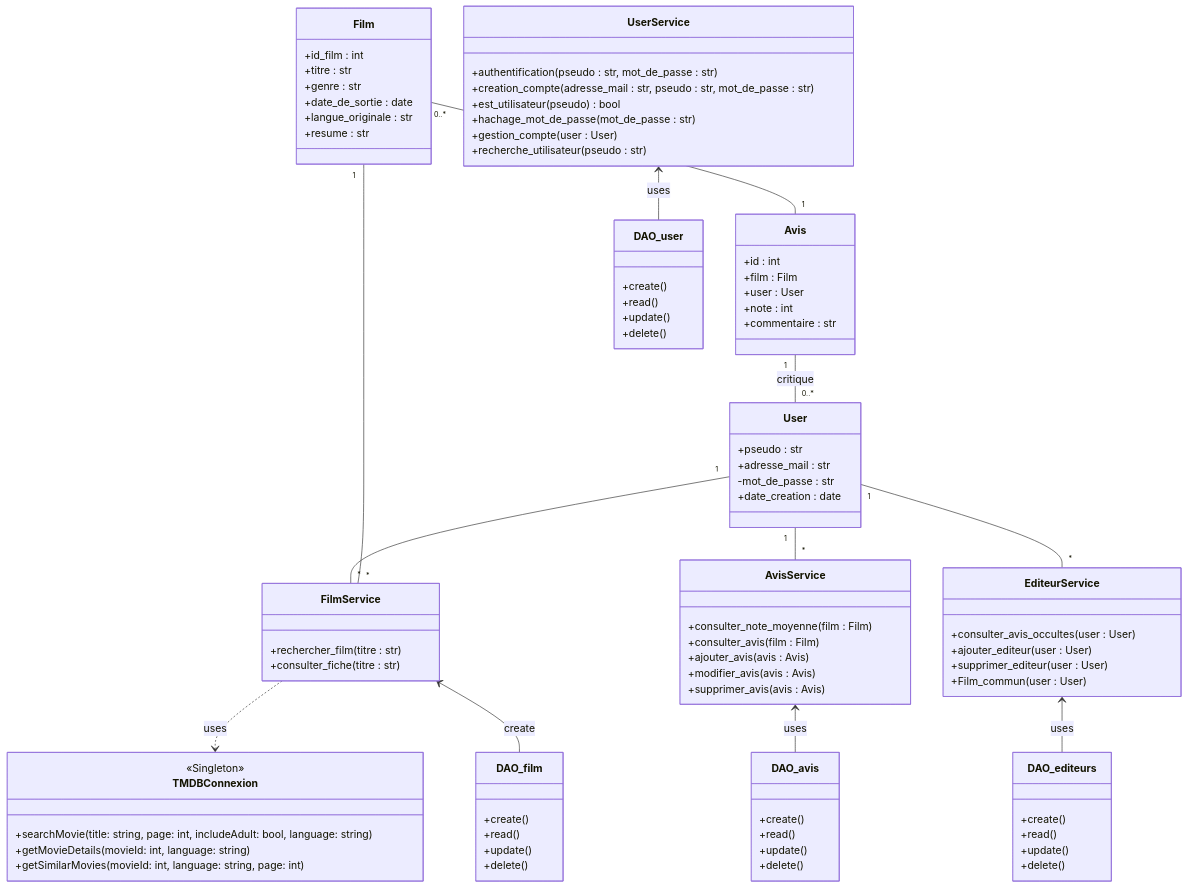
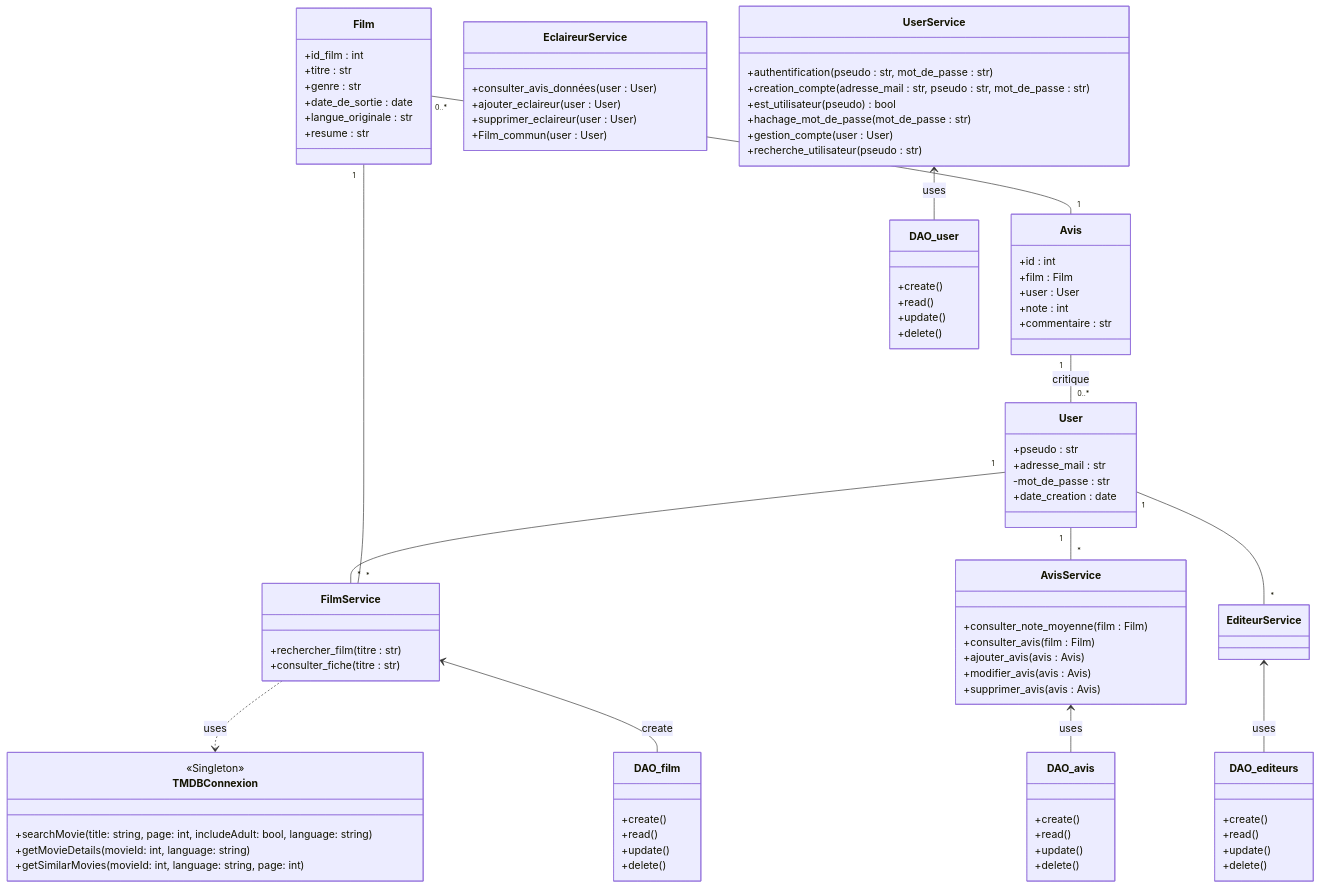
The diagram in doc/Diagramme de classe.md (id2380/Projet2A_Template), drawn with Mermaid before and after one commit. The commit also changed other lines of this file, not shown here.

```diff
--- a/doc/Diagramme de classe.md
+++ b/doc/Diagramme de classe.md
@@ -58,10 +58,10 @@
         
     }
 
-    class EditeurService {
-        +consulter_avis_occultes(user : User)
-        +ajouter_editeur(user : User)
-        +supprimer_editeur(user : User)
+    class EclaireurService {
+        +consulter_avis_données(user : User)
+        +ajouter_eclaireur(user : User)
+        +supprimer_eclaireur(user : User)
         +Film_commun(user : User)
     }
     
```
